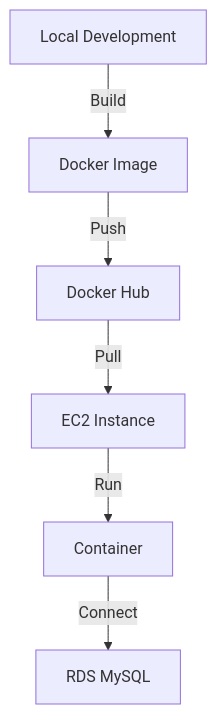
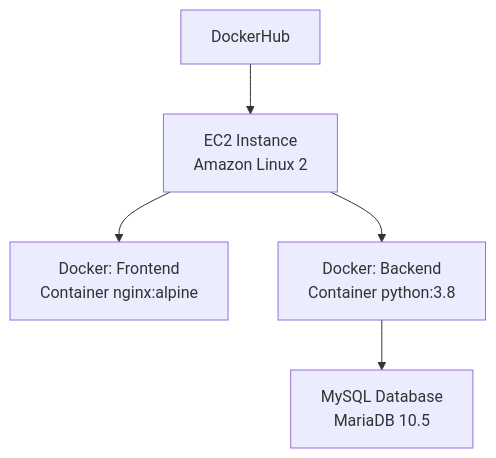
One commit to gokstadakademiet/cloud-2025 changed the third of 5 diagrams in uke_3/ukesoppgaver_no_solution.md. Above: the diagram before and after it, drawn with Mermaid. The commit also changed other lines of this file and 5 other files, not shown here.

````diff
--- a/uke_3/ukesoppgaver_no_solution.md
+++ b/uke_3/ukesoppgaver_no_solution.md
@@ -257,8 +302,9 @@
 ```mermaid
-graph TB
-    A[Local Development] -->|Build| B[Docker Image]
-    B -->|Push| C[Docker Hub]
-    C -->|Pull| D[EC2 Instance]
-    D -->|Run| E[Container]
-    E -->|Connect| F[RDS MySQL]
+%%{init: {'theme': 'default', 'themeVariables': { 'fontSize': '16px'}}}%%
+graph TD
+    A[EC2 Instance<br>Amazon Linux 2]
+    A --> B[Docker: Frontend<br>Container nginx:alpine]
+    A --> C[Docker: Backend<br>Container python:3.8]
+    C --> D[MySQL Database<br>MariaDB 10.5]
+    E[DockerHub] --> A
 ```
````
